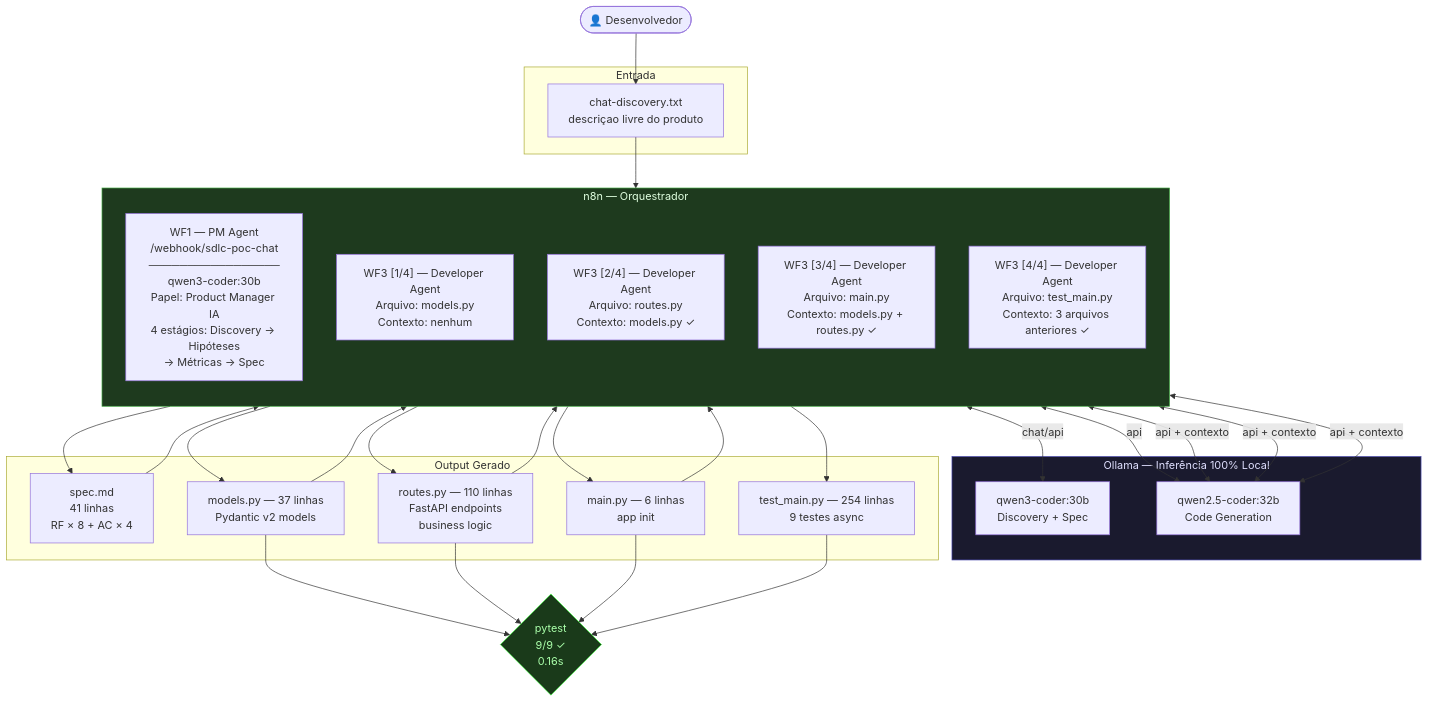
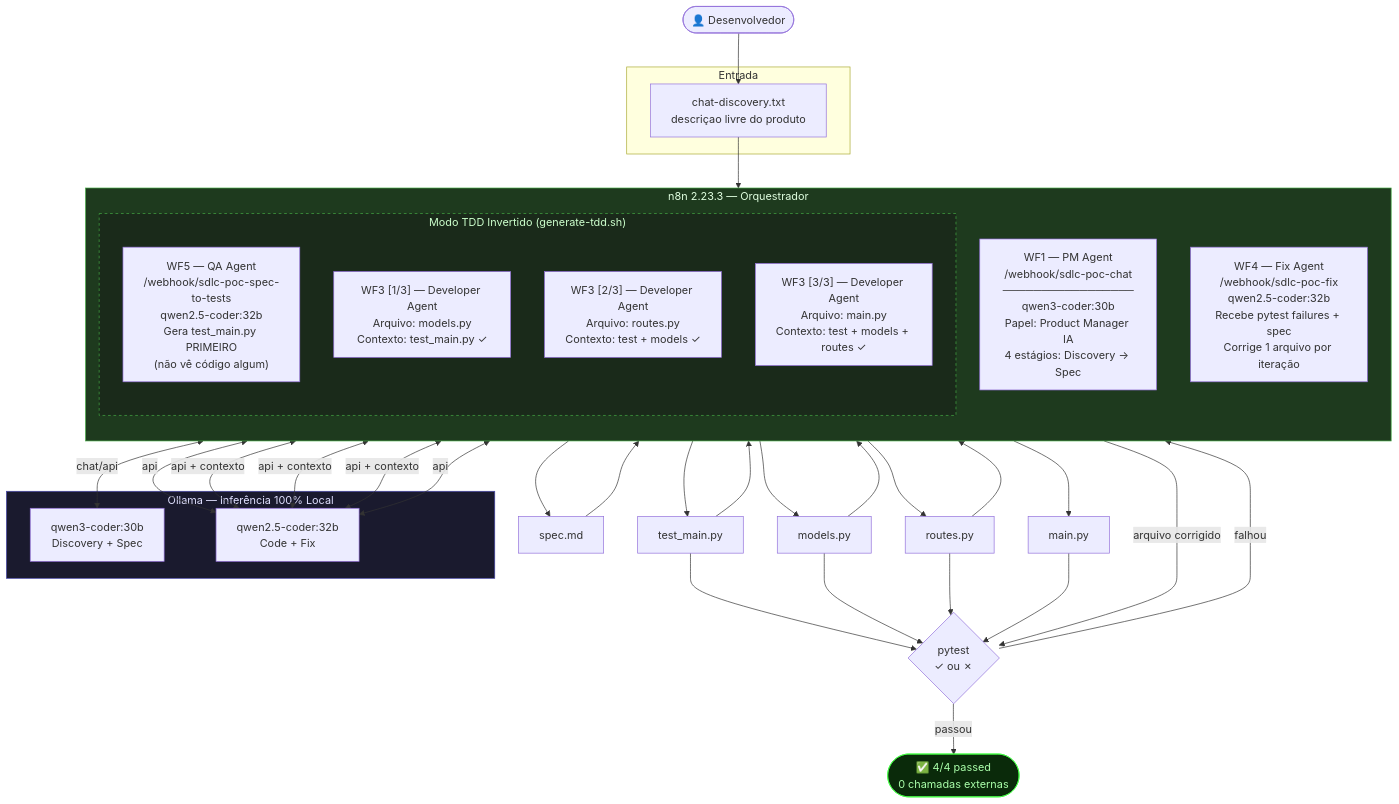
The first of 5 diagrams in docs/sdlc-agentico/fluxo-agentico-local.md (fabianobr/homelab-ai), drawn with Mermaid before and after one commit. The commit also changed other lines of this file, not shown here.

First line of the commit message:
docs(sdlc-agentico): atualiza fluxo com WF4 auto-fix e WF5 TDD Invertido

````diff
--- a/docs/sdlc-agentico/fluxo-agentico-local.md
+++ b/docs/sdlc-agentico/fluxo-agentico-local.md
@@ -11,53 +11,58 @@
 ```mermaid
 flowchart TD
     DEV([👤 Desenvolvedor])
 
     subgraph INPUT["Entrada"]
         TXT[chat-discovery.txt\ndescriçao livre do produto]
     end
 
-    subgraph N8N["n8n — Orquestrador"]
+    subgraph N8N["n8n 2.23.3 — Orquestrador"]
         direction TB
-        WF1["WF1 — PM Agent\n/webhook/sdlc-poc-chat\n─────────────────\nqwen3-coder:30b\nPapel: Product Manager IA\n4 estágios: Discovery → Hipóteses\n→ Métricas → Spec"]
-        WF3A["WF3 [1/4] — Developer Agent\nArquivo: models.py\nContexto: nenhum"]
-        WF3B["WF3 [2/4] — Developer Agent\nArquivo: routes.py\nContexto: models.py ✓"]
-        WF3C["WF3 [3/4] — Developer Agent\nArquivo: main.py\nContexto: models.py + routes.py ✓"]
-        WF3D["WF3 [4/4] — Developer Agent\nArquivo: test_main.py\nContexto: 3 arquivos anteriores ✓"]
+        WF1["WF1 — PM Agent\n/webhook/sdlc-poc-chat\n─────────────────\nqwen3-coder:30b\nPapel: Product Manager IA\n4 estágios: Discovery → Spec"]
+
+        subgraph TDD["Modo TDD Invertido (generate-tdd.sh)"]
+            WF5["WF5 — QA Agent\n/webhook/sdlc-poc-spec-to-tests\nqwen2.5-coder:32b\nGera test_main.py PRIMEIRO\n(não vê código algum)"]
+            WF3A["WF3 [1/3] — Developer Agent\nArquivo: models.py\nContexto: test_main.py ✓"]
+            WF3B["WF3 [2/3] — Developer Agent\nArquivo: routes.py\nContexto: test + models ✓"]
+            WF3C["WF3 [3/3] — Developer Agent\nArquivo: main.py\nContexto: test + models + routes ✓"]
+        end
+
+        WF4["WF4 — Fix Agent\n/webhook/sdlc-poc-fix\nqwen2.5-coder:32b\nRecebe pytest failures + spec\nCorrige 1 arquivo por iteração"]
     end
 
     subgraph OLLAMA["Ollama — Inferência 100% Local"]
         M1["qwen3-coder:30b\nDiscovery + Spec"]
-        M2["qwen2.5-coder:32b\nCode Generation"]
+        M2["qwen2.5-coder:32b\nCode + Fix"]
     end
 
-    subgraph OUTPUT["Output Gerado"]
-        SPEC["spec.md\n41 linhas\nRF × 8 + AC × 4"]
-        MDL["models.py — 37 linhas\nPydantic v2 models"]
-        RTS["routes.py — 110 linhas\nFastAPI endpoints\nbusiness logic"]
-        MN["main.py — 6 linhas\napp init"]
-        TST["test_main.py — 254 linhas\n9 testes async"]
-    end
-
-    PYTEST{"pytest\n9/9 ✓\n0.16s"}
+    PYTEST{"pytest\n✓ ou ✗"}
 
     DEV --> TXT --> WF1
     WF1 <-->|chat/api| M1
-    WF1 --> SPEC
-    SPEC --> WF3A
-    WF3A <-->|api| M2
-    WF3A --> MDL
+    WF1 --> SPEC[spec.md]
+
+    SPEC --> WF5
+    WF5 <-->|api| M2
+    WF5 --> TEST[test_main.py]
+    TEST --> WF3A
+    WF3A <-->|api + contexto| M2
+    WF3A --> MDL[models.py]
     MDL --> WF3B
     WF3B <-->|api + contexto| M2
-    WF3B --> RTS
+    WF3B --> RTS[routes.py]
     RTS --> WF3C
     WF3C <-->|api + contexto| M2
-    WF3C --> MN
-    MN --> WF3D
-    WF3D <-->|api + contexto| M2
-    WF3D --> TST
-    MDL & RTS & MN & TST --> PYTEST
+    WF3C --> MN[main.py]
+
+    TEST & MDL & RTS & MN --> PYTEST
+
+    PYTEST -->|falhou| WF4
+    WF4 <-->|api| M2
+    WF4 -->|arquivo corrigido| PYTEST
+    PYTEST -->|passou| OK(["✅ 4/4 passed\n0 chamadas externas"])
 
     style OLLAMA fill:#1a1a2e,color:#e0e0ff,stroke:#4444aa
     style N8N fill:#1e3a1e,color:#e0ffe0,stroke:#44aa44
-    style PYTEST fill:#1a3a1a,color:#aaffaa,stroke:#44ff44
+    style TDD fill:#1a2a1a,color:#ccffcc,stroke:#44aa44,stroke-dasharray:4
+    style OK fill:#0a2a0a,color:#aaffaa,stroke:#44ff44
 ```
````
